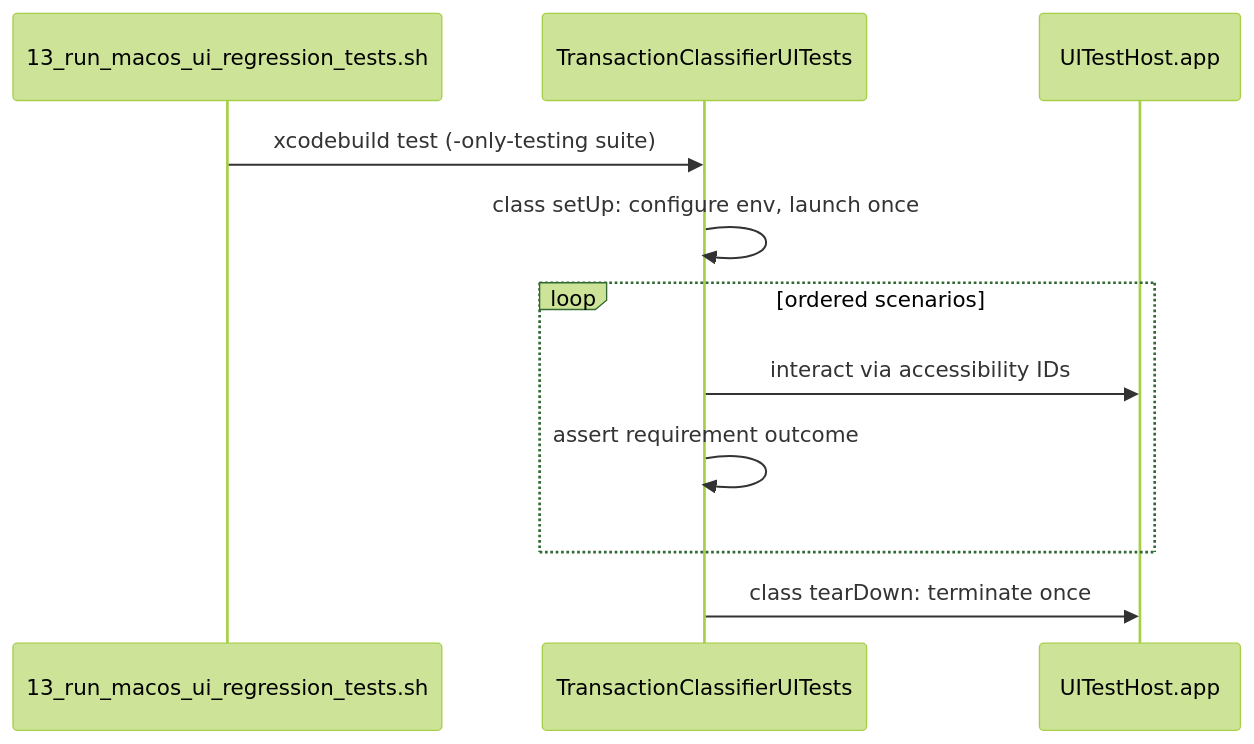
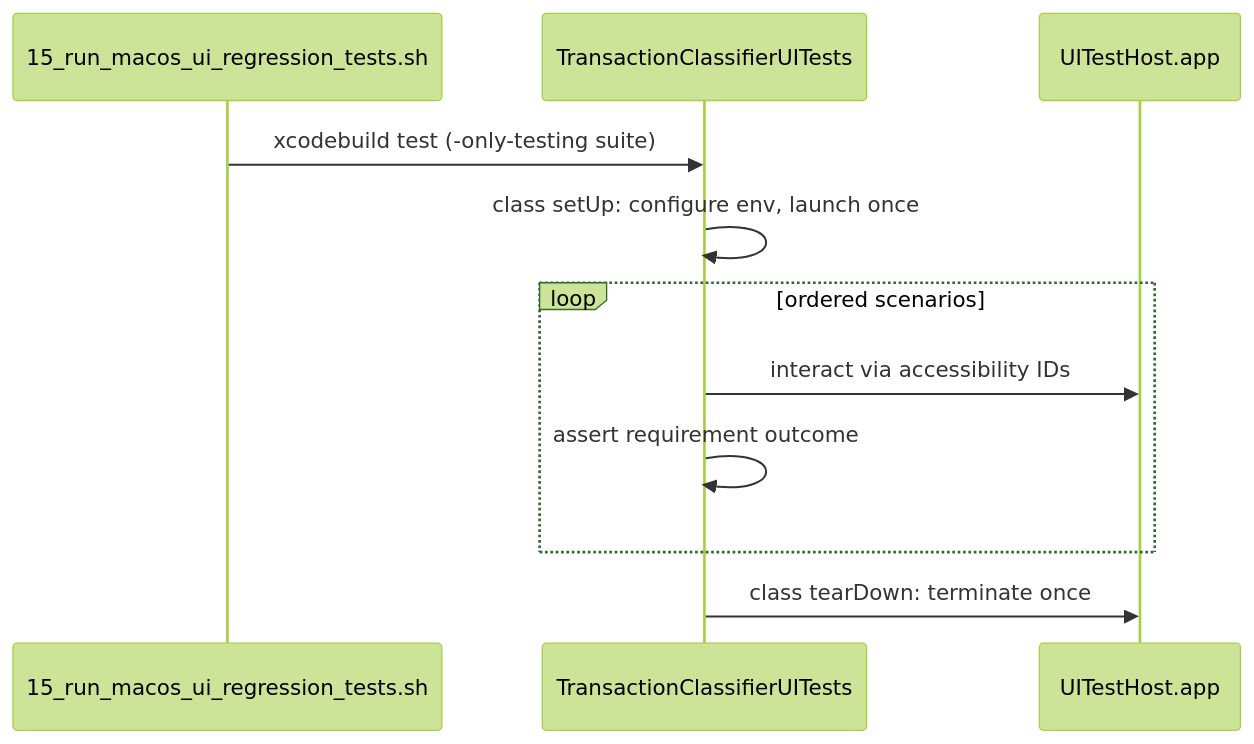
Before and after one commit to phil-bryant/teller: the diagram in .cursor/plans/redo_ui_regression_10_0c01ef49.plan.md, drawn with Mermaid (forest theme). The commit also changed other lines of this file and 104 other files, not shown here.

````diff
--- a/.cursor/plans/redo_ui_regression_10_0c01ef49.plan.md
+++ b/.cursor/plans/redo_ui_regression_10_0c01ef49.plan.md
@@ -39,14 +39,14 @@
 ```mermaid
 sequenceDiagram
-    participant Script as 13_run_macos_ui_regression_tests.sh
+    participant Script as 15_run_macos_ui_regression_tests.sh
     participant XCTest as TransactionClassifierUITests
     participant App as UITestHost.app
 
     Script->>XCTest: xcodebuild test (-only-testing suite)
     XCTest->>XCTest: class setUp: configure env, launch once
     loop ordered scenarios
         XCTest->>App: interact via accessibility IDs
         XCTest->>XCTest: assert requirement outcome
     end
     XCTest->>App: class tearDown: terminate once
 ```
````
